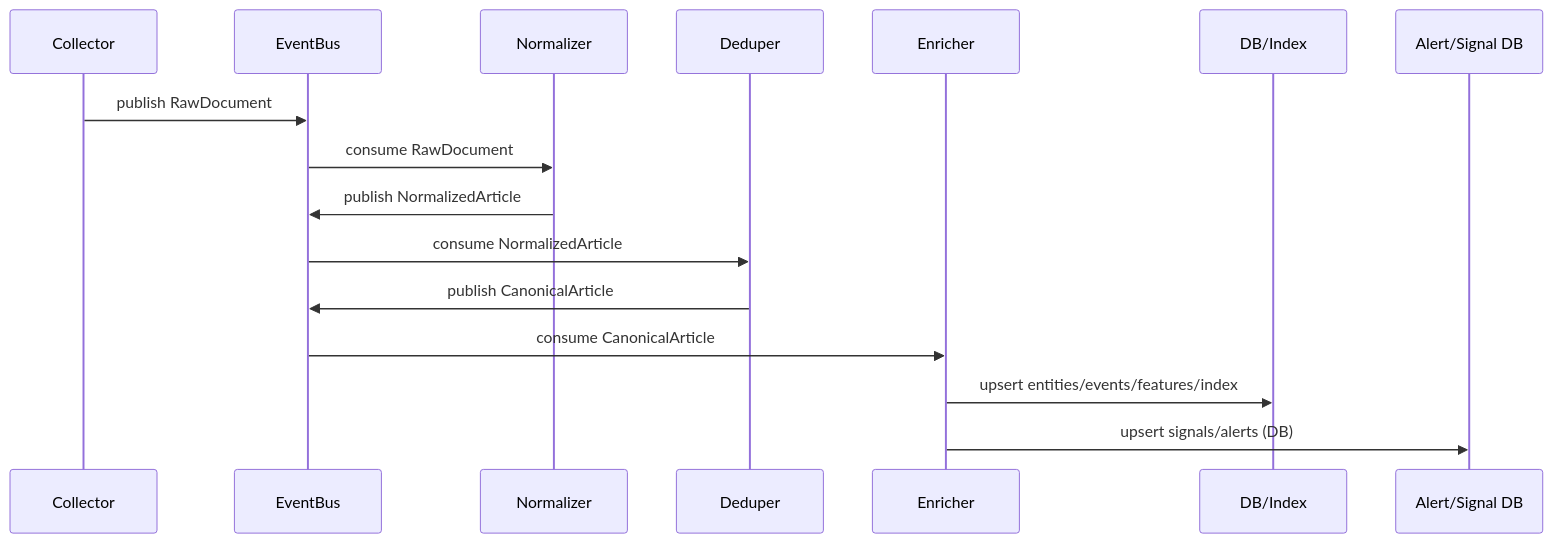
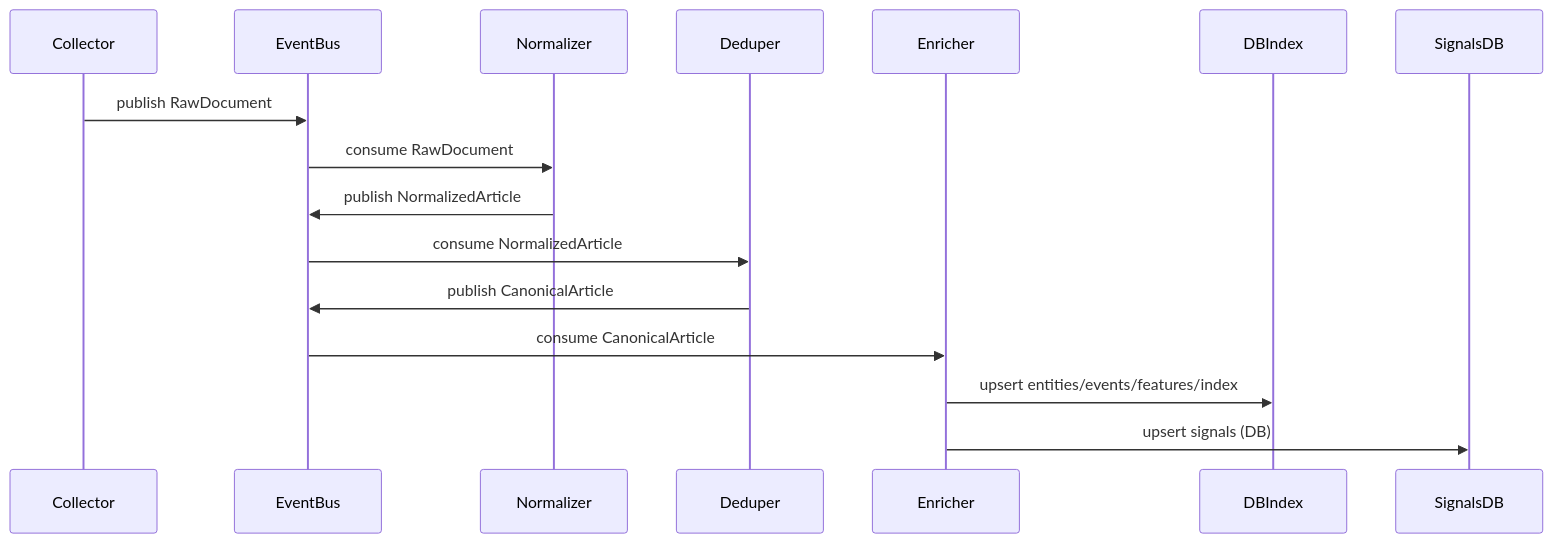
The second of 3 diagrams in README.md (1376524890/tx-news), drawn with Mermaid before and after one commit. The commit also changed other lines of this file and 56 other files, not shown here.

````diff
--- a/README.md
+++ b/README.md
@@ -74,19 +74,19 @@
 ```mermaid
 sequenceDiagram
   participant Collector
   participant Bus as EventBus
   participant Norm as Normalizer
   participant Dedup as Deduper
   participant Enrich as Enricher
-  participant Store as DB/Index
-  participant Alert as Alert/Signal DB
+  participant Store as DBIndex
+  participant Signals as SignalsDB
 
   Collector->>Bus: publish RawDocument
   Bus->>Norm: consume RawDocument
   Norm->>Bus: publish NormalizedArticle
   Bus->>Dedup: consume NormalizedArticle
   Dedup->>Bus: publish CanonicalArticle
   Bus->>Enrich: consume CanonicalArticle
   Enrich->>Store: upsert entities/events/features/index
-  Enrich->>Alert: upsert signals/alerts (DB)
+  Enrich->>Signals: upsert signals (DB)
 ```
````
